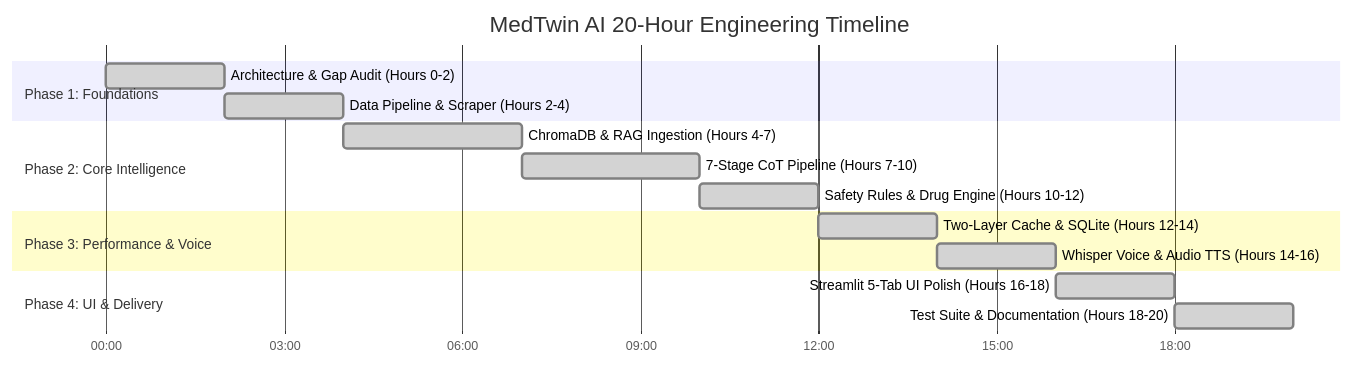
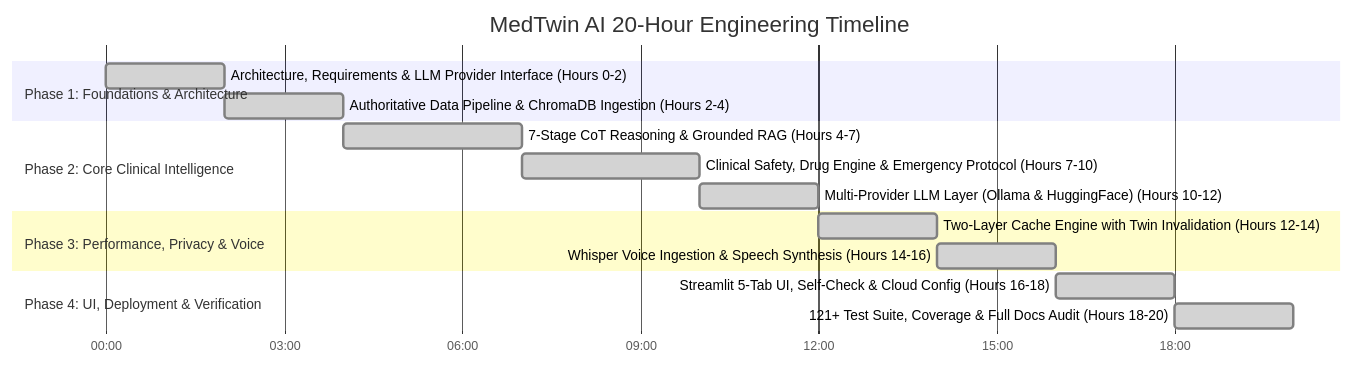
The diagram in docs/plan_of_action.md (DG-Modi/MedTwin-AI), drawn with Mermaid before and after one commit. The commit also changed other lines of this file and 32 other files, not shown here.

Commit message:
feat: complete Problem Statement 2 with pluggable LLM provider, emergency cleanup, answer quality, and cache verification

````diff
--- a/docs/plan_of_action.md
+++ b/docs/plan_of_action.md
@@ -5,23 +5,23 @@
 ```mermaid
 gantt
     title MedTwin AI 20-Hour Engineering Timeline
     dateFormat  HH:mm
     axisFormat %H:%M
 
-    section Phase 1: Foundations
-    Architecture & Gap Audit (Hours 0-2)        :done, p1, 00:00, 2h
-    Data Pipeline & Scraper (Hours 2-4)         :done, p2, 02:00, 2h
+    section Phase 1: Foundations & Architecture
+    Architecture, Requirements & LLM Provider Interface (Hours 0-2) :done, p1, 00:00, 2h
+    Authoritative Data Pipeline & ChromaDB Ingestion (Hours 2-4)     :done, p2, 02:00, 2h
 
-    section Phase 2: Core Intelligence
-    ChromaDB & RAG Ingestion (Hours 4-7)       :done, p3, 04:00, 3h
-    7-Stage CoT Pipeline (Hours 7-10)          :done, p4, 07:00, 3h
-    Safety Rules & Drug Engine (Hours 10-12)   :done, p5, 10:00, 2h
+    section Phase 2: Core Clinical Intelligence
+    7-Stage CoT Reasoning & Grounded RAG (Hours 4-7)               :done, p3, 04:00, 3h
+    Clinical Safety, Drug Engine & Emergency Protocol (Hours 7-10)  :done, p4, 07:00, 3h
+    Multi-Provider LLM Layer (Ollama & HuggingFace) (Hours 10-12)   :done, p5, 10:00, 2h
 
-    section Phase 3: Performance & Voice
-    Two-Layer Cache & SQLite (Hours 12-14)     :done, p6, 12:00, 2h
-    Whisper Voice & Audio TTS (Hours 14-16)    :done, p7, 14:00, 2h
+    section Phase 3: Performance, Privacy & Voice
+    Two-Layer Cache Engine with Twin Invalidation (Hours 12-14)    :done, p6, 12:00, 2h
+    Whisper Voice Ingestion & Speech Synthesis (Hours 14-16)        :done, p7, 14:00, 2h
 
-    section Phase 4: UI & Delivery
-    Streamlit 5-Tab UI Polish (Hours 16-18)    :done, p8, 16:00, 2h
-    Test Suite & Documentation (Hours 18-20)   :done, p9, 18:00, 2h
+    section Phase 4: UI, Deployment & Verification
+    Streamlit 5-Tab UI, Self-Check & Cloud Config (Hours 16-18)     :done, p8, 16:00, 2h
+    121+ Test Suite, Coverage & Full Docs Audit (Hours 18-20)       :done, p9, 18:00, 2h
 ```
````
